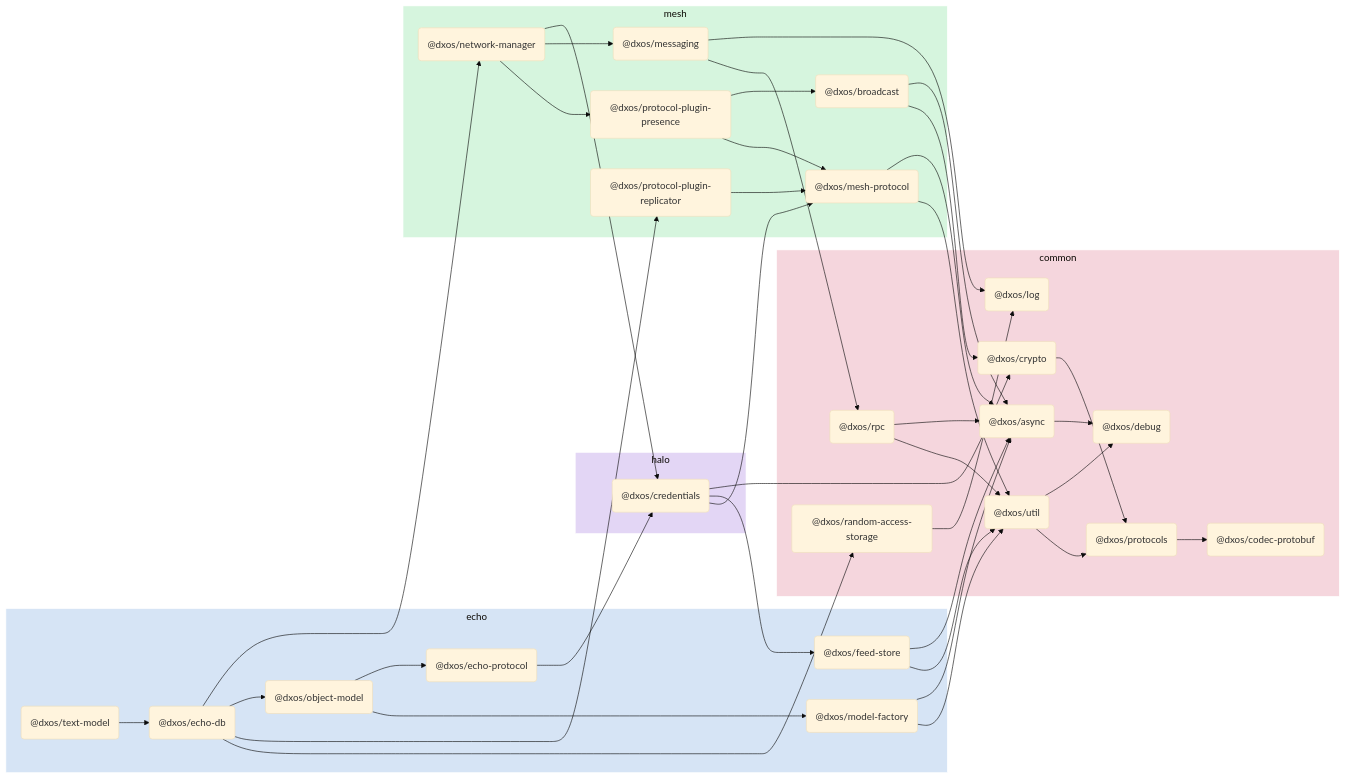
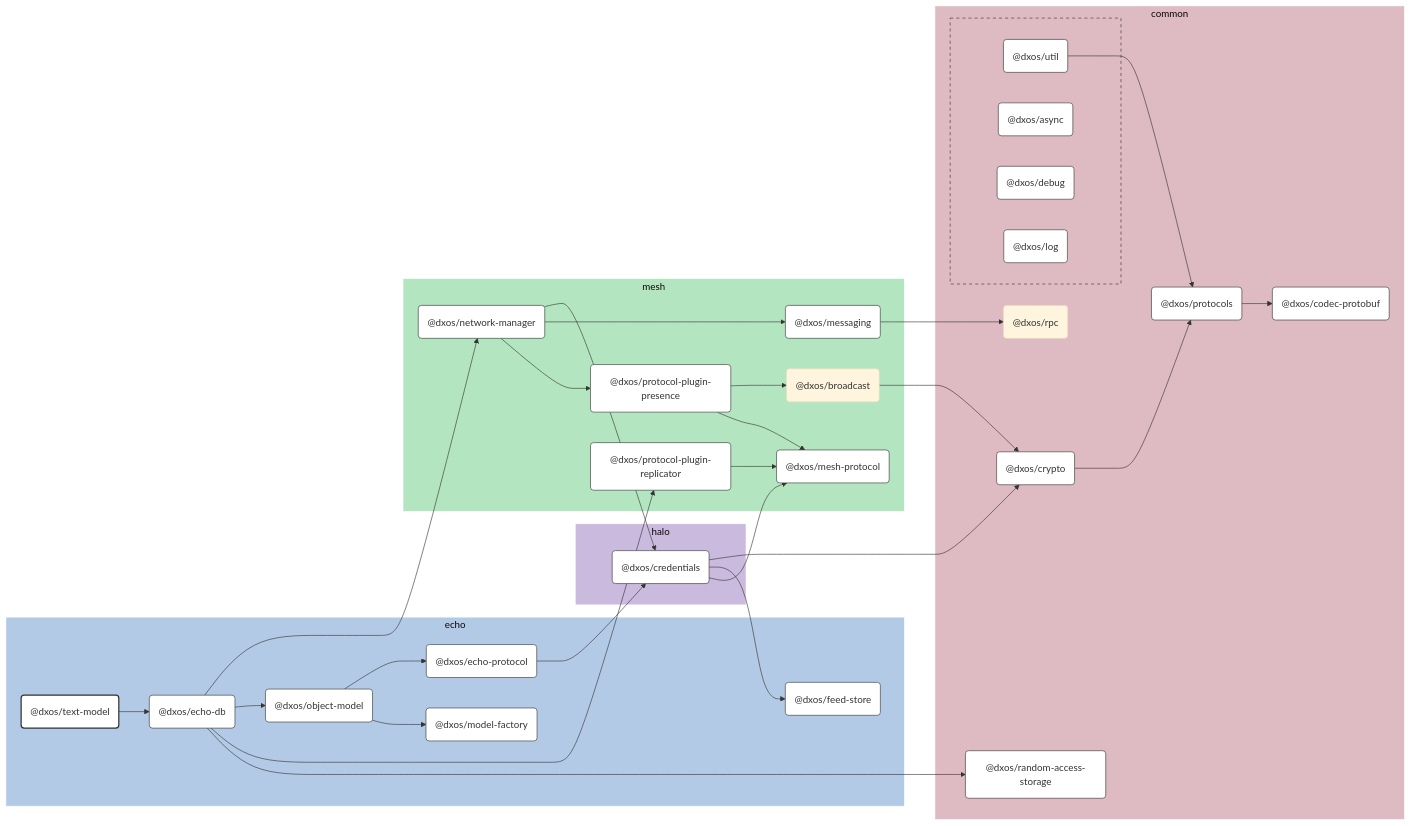
The diagram in packages/echo/text-model/docs/README.md (dxos/dxos), drawn with Mermaid (base theme) before and after one commit. The commit also changed other lines of this file and 109 other files, not shown here.

````diff
--- a/packages/echo/text-model/docs/README.md
+++ b/packages/echo/text-model/docs/README.md
@@ -5,77 +7,126 @@
 ```mermaid
-flowchart LR;
+%%{ init: {'flowchart':{'curve':'basis'}} }%%
 
+flowchart LR
+
+%% Links
+dxos/broadcast --> dxos/crypto;
+dxos/credentials --> dxos/crypto;
+dxos/credentials --> dxos/feed-store;
+dxos/credentials --> dxos/mesh-protocol;
+dxos/crypto --> dxos/protocols;
+dxos/echo-db --> dxos/network-manager;
+dxos/echo-db --> dxos/object-model;
+dxos/echo-db --> dxos/protocol-plugin-replicator;
+dxos/echo-db --> dxos/random-access-storage;
+dxos/echo-protocol --> dxos/credentials;
+dxos/messaging --> dxos/rpc;
+dxos/network-manager --> dxos/credentials;
+dxos/network-manager --> dxos/messaging;
+dxos/network-manager --> dxos/protocol-plugin-presence;
+dxos/object-model --> dxos/echo-protocol;
+dxos/object-model --> dxos/model-factory;
+dxos/protocol-plugin-presence --> dxos/broadcast;
+dxos/protocol-plugin-presence --> dxos/mesh-protocol;
+dxos/protocol-plugin-replicator --> dxos/mesh-protocol;
+dxos/protocols --> dxos/codec-protobuf;
+dxos/text-model --> dxos/echo-db;
+dxos/util --> dxos/protocols;
+
+%% Sections
 subgraph echo
-  style echo fill:#d6e4f5,stroke:#fff;
-  dxos/text-model("@dxos/text-model");
-  dxos/echo-db("@dxos/echo-db");
-  dxos/feed-store("@dxos/feed-store");
-  dxos/echo-protocol("@dxos/echo-protocol");
-  dxos/model-factory("@dxos/model-factory");
-  dxos/object-model("@dxos/object-model");
+  style echo fill:#b3cae6,stroke:#fff;
+
+  dxos/echo-db("@dxos/echo-db")
+  dxos/echo-protocol("@dxos/echo-protocol")
+  dxos/feed-store("@dxos/feed-store")
+  dxos/model-factory("@dxos/model-factory")
+  dxos/object-model("@dxos/object-model")
+  dxos/text-model("@dxos/text-model")
 end
 
 subgraph common
-  style common fill:#f5d6dd,stroke:#fff;
-  dxos/codec-protobuf("@dxos/codec-protobuf");
-  dxos/log("@dxos/log");
-  dxos/async("@dxos/async");
-  dxos/debug("@dxos/debug");
-  dxos/crypto("@dxos/crypto");
-  dxos/protocols("@dxos/protocols");
-  dxos/util("@dxos/util");
-  dxos/rpc("@dxos/rpc");
-  dxos/random-access-storage("@dxos/random-access-storage");
+  style common fill:#debac2,stroke:#fff;
+
+  dxos/codec-protobuf("@dxos/codec-protobuf")
+  dxos/crypto("@dxos/crypto")
+  dxos/protocols("@dxos/protocols")
+  dxos/random-access-storage("@dxos/random-access-storage")
+  dxos/rpc("@dxos/rpc")
+
+  subgraph common-excluded [ ]
+    style common-excluded fill:#debac2,stroke:#333,stroke-dasharray:5 5;
+
+    dxos/async("@dxos/async")
+    dxos/debug("@dxos/debug")
+    dxos/log("@dxos/log")
+    dxos/util("@dxos/util")
+  end
 end
 
 subgraph halo
-  style halo fill:#e3d6f5,stroke:#fff;
-  dxos/credentials("@dxos/credentials");
+  style halo fill:#cabade,stroke:#fff;
+
+  dxos/credentials("@dxos/credentials")
 end
 
 subgraph mesh
-  style mesh fill:#d6f5de,stroke:#fff;
-  dxos/mesh-protocol("@dxos/mesh-protocol");
-  dxos/messaging("@dxos/messaging");
-  dxos/network-manager("@dxos/network-manager");
-  dxos/protocol-plugin-presence("@dxos/protocol-plugin-presence");
-  dxos/broadcast("@dxos/broadcast");
-  dxos/protocol-plugin-replicator("@dxos/protocol-plugin-replicator");
+  style mesh fill:#b3e6c0,stroke:#fff;
+
+  dxos/broadcast("@dxos/broadcast")
+  dxos/mesh-protocol("@dxos/mesh-protocol")
+  dxos/messaging("@dxos/messaging")
+  dxos/network-manager("@dxos/network-manager")
+  dxos/protocol-plugin-presence("@dxos/protocol-plugin-presence")
+  dxos/protocol-plugin-replicator("@dxos/protocol-plugin-replicator")
 end
 
-dxos/text-model --> dxos/echo-db;
-dxos/async --> dxos/debug;
-dxos/credentials --> dxos/crypto;
-dxos/crypto --> dxos/protocols;
-dxos/protocols --> dxos/codec-protobuf;
-dxos/credentials --> dxos/feed-store;
-dxos/feed-store --> dxos/async;
-dxos/feed-store --> dxos/util;
-dxos/util --> dxos/debug;
-dxos/util --> dxos/protocols;
-dxos/credentials --> dxos/mesh-protocol;
-dxos/mesh-protocol --> dxos/async;
-dxos/mesh-protocol --> dxos/util;
-dxos/echo-protocol --> dxos/credentials;
-dxos/messaging --> dxos/log;
-dxos/messaging --> dxos/rpc;
-dxos/rpc --> dxos/async;
-dxos/rpc --> dxos/util;
-dxos/model-factory --> dxos/async;
-dxos/model-factory --> dxos/util;
-dxos/echo-db --> dxos/network-manager;
-dxos/network-manager --> dxos/credentials;
-dxos/network-manager --> dxos/messaging;
-dxos/network-manager --> dxos/protocol-plugin-presence;
-dxos/protocol-plugin-presence --> dxos/broadcast;
-dxos/broadcast --> dxos/async;
-dxos/broadcast --> dxos/crypto;
-dxos/protocol-plugin-presence --> dxos/mesh-protocol;
-dxos/echo-db --> dxos/object-model;
-dxos/object-model --> dxos/echo-protocol;
-dxos/object-model --> dxos/model-factory;
-dxos/echo-db --> dxos/protocol-plugin-replicator;
-dxos/protocol-plugin-replicator --> dxos/mesh-protocol;
-dxos/echo-db --> dxos/random-access-storage;
-dxos/random-access-storage --> dxos/log;
+
+%% Hyperlinks
+click dxos/async href "https:/github.com/dxos/dxos/tree/main/packages/common/async/docs";
+click dxos/codec-protobuf href "https:/github.com/dxos/dxos/tree/main/packages/common/codec-protobuf/docs";
+click dxos/credentials href "https:/github.com/dxos/dxos/tree/main/packages/halo/credentials/docs";
+click dxos/crypto href "https:/github.com/dxos/dxos/tree/main/packages/common/crypto/docs";
+click dxos/debug href "https:/github.com/dxos/dxos/tree/main/packages/common/debug/docs";
+click dxos/echo-db href "https:/github.com/dxos/dxos/tree/main/packages/echo/echo-db/docs";
+click dxos/echo-protocol href "https:/github.com/dxos/dxos/tree/main/packages/echo/echo-protocol/docs";
+click dxos/feed-store href "https:/github.com/dxos/dxos/tree/main/packages/echo/feed-store/docs";
+click dxos/log href "https:/github.com/dxos/dxos/tree/main/packages/common/log/docs";
+click dxos/mesh-protocol href "https:/github.com/dxos/dxos/tree/main/packages/mesh/mesh-protocol/docs";
+click dxos/messaging href "https:/github.com/dxos/dxos/tree/main/packages/mesh/messaging/docs";
+click dxos/model-factory href "https:/github.com/dxos/dxos/tree/main/packages/echo/model-factory/docs";
+click dxos/network-manager href "https:/github.com/dxos/dxos/tree/main/packages/mesh/network-manager/docs";
+click dxos/object-model href "https:/github.com/dxos/dxos/tree/main/packages/echo/object-model/docs";
+click dxos/protocol-plugin-presence href "https:/github.com/dxos/dxos/tree/main/packages/mesh/protocol-plugin-presence/docs";
+click dxos/protocol-plugin-replicator href "https:/github.com/dxos/dxos/tree/main/packages/mesh/protocol-plugin-replicator/docs";
+click dxos/protocols href "https:/github.com/dxos/dxos/tree/main/packages/common/protocols/docs";
+click dxos/random-access-storage href "https:/github.com/dxos/dxos/tree/main/packages/common/random-access-storage/docs";
+click dxos/util href "https:/github.com/dxos/dxos/tree/main/packages/common/util/docs";
+
+%% Styles
+classDef rootNode fill:#fff,stroke:#333,stroke-width:2px
+classDef defaultNode fill:#fff,stroke:#333,stroke-width:1px
+linkStyle default stroke:#333,stroke-width:1px
+
+dxos/text-model:::rootNode
+
+dxos/async:::defaultNode
+dxos/codec-protobuf:::defaultNode
+dxos/credentials:::defaultNode
+dxos/crypto:::defaultNode
+dxos/debug:::defaultNode
+dxos/echo-db:::defaultNode
+dxos/echo-protocol:::defaultNode
+dxos/feed-store:::defaultNode
+dxos/log:::defaultNode
+dxos/mesh-protocol:::defaultNode
+dxos/messaging:::defaultNode
+dxos/model-factory:::defaultNode
+dxos/network-manager:::defaultNode
+dxos/object-model:::defaultNode
+dxos/protocol-plugin-presence:::defaultNode
+dxos/protocol-plugin-replicator:::defaultNode
+dxos/protocols:::defaultNode
+dxos/random-access-storage:::defaultNode
+dxos/util:::defaultNode
 ```
````
